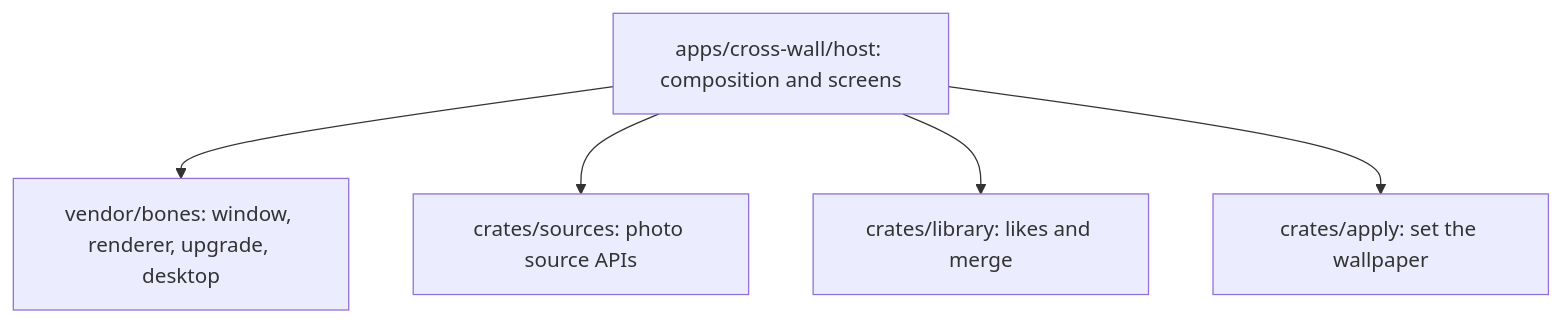
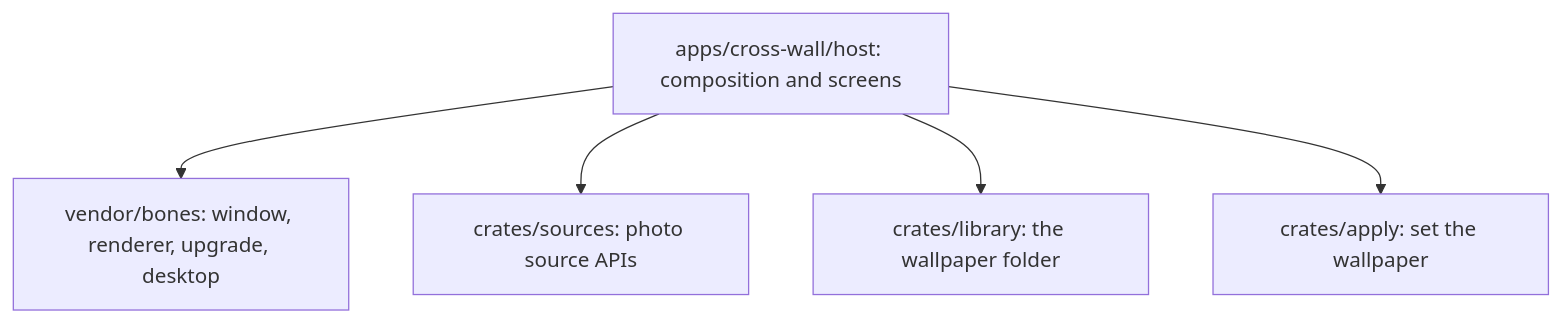
The diagram in docs/architecture.md (an-dr/cross-wall), drawn with Mermaid before and after one commit. The commit also changed other lines of this file and 21 other files, not shown here.

First line of the commit message:
feat: make a user-chosen wallpaper folder the library

````diff
--- a/docs/architecture.md
+++ b/docs/architecture.md
@@ -5,7 +5,7 @@
 ```mermaid
 flowchart TD
   host["apps/cross-wall/host: composition and screens"] --> bones["vendor/bones: window, renderer, upgrade, desktop"]
   host --> sources["crates/sources: photo source APIs"]
-  host --> library["crates/library: likes and merge"]
+  host --> library["crates/library: the wallpaper folder"]
   host --> apply["crates/apply: set the wallpaper"]
 ```
````
